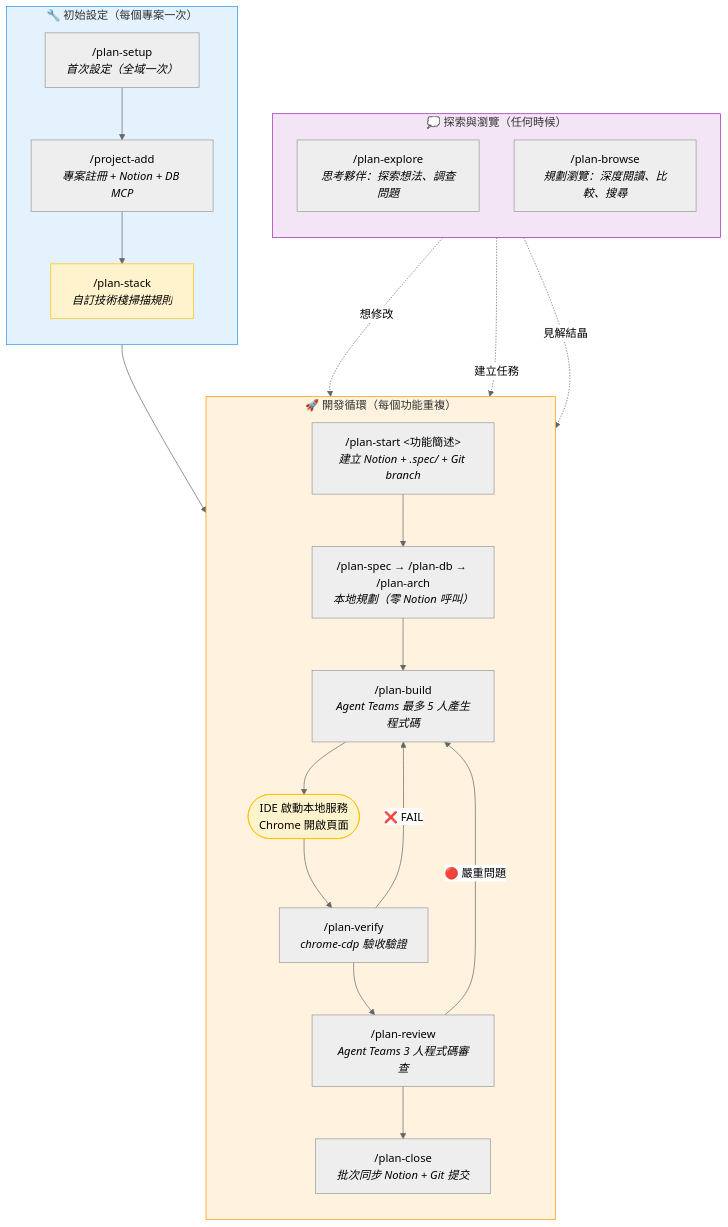
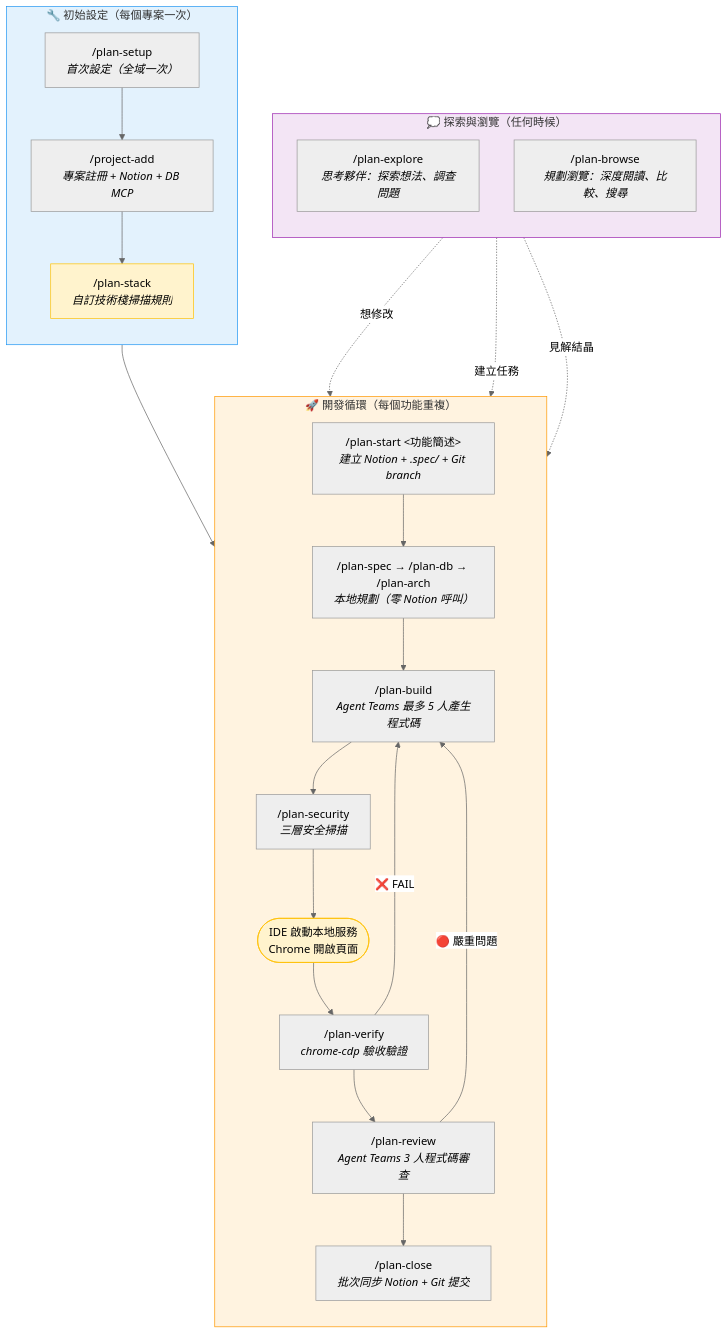
Before and after one commit to mark22013333/bug-workflow: the first of 3 diagrams in plugins/feature-workflow/README.md, drawn with Mermaid (neutral theme). The commit also changed other lines of this file and 2 other files, not shown here.

````diff
--- a/plugins/feature-workflow/README.md
+++ b/plugins/feature-workflow/README.md
@@ -30,42 +30,43 @@
 ```mermaid
 flowchart TD
     subgraph init["🔧 初始設定（每個專案一次）"]
         direction TB
         setup["/plan-setup<br/><i>首次設定（全域一次）</i>"]
         projAdd["/project-add<br/><i>專案註冊 + Notion + DB MCP</i>"]
         stack["/plan-stack<br/><i>自訂技術棧掃描規則</i>"]
         setup --> projAdd --> stack
     end
 
     subgraph thinking["💭 探索與瀏覽（任何時候）"]
         direction TB
         explore["/plan-explore<br/><i>思考夥伴：探索想法、調查問題</i>"]
         browse["/plan-browse<br/><i>規劃瀏覽：深度閱讀、比較、搜尋</i>"]
     end
 
     subgraph dev["🚀 開發循環（每個功能重複）"]
         direction TB
         start["/plan-start &lt;功能簡述&gt;<br/><i>建立 Notion + .spec/ + Git branch</i>"]
         plan["/plan-spec → /plan-db → /plan-arch<br/><i>本地規劃（零 Notion 呼叫）</i>"]
         build["/plan-build<br/><i>Agent Teams 最多 5 人產生程式碼</i>"]
+        security["/plan-security<br/><i>三層安全掃描</i>"]
         ide(["IDE 啟動本地服務<br/>Chrome 開啟頁面"])
         verify["/plan-verify<br/><i>chrome-cdp 驗收驗證</i>"]
         review["/plan-review<br/><i>Agent Teams 3 人程式碼審查</i>"]
         close["/plan-close<br/><i>批次同步 Notion + Git 提交</i>"]
 
-        start --> plan --> build --> ide --> verify --> review --> close
+        start --> plan --> build --> security --> ide --> verify --> review --> close
         verify -- "❌ FAIL" --> build
         review -- "🔴 嚴重問題" --> build
     end
 
     init --> dev
     thinking -.->|見解結晶| start
     browse -.->|想修改| plan
     explore -.->|建立任務| start
 
     style init fill:#e3f2fd,stroke:#2196f3
     style thinking fill:#f3e5f5,stroke:#9c27b0
     style dev fill:#fff3e0,stroke:#ff9800
     style stack fill:#fff3cd,stroke:#ffc107
     style ide fill:#fff3cd,stroke:#ffc107
 ```
````
